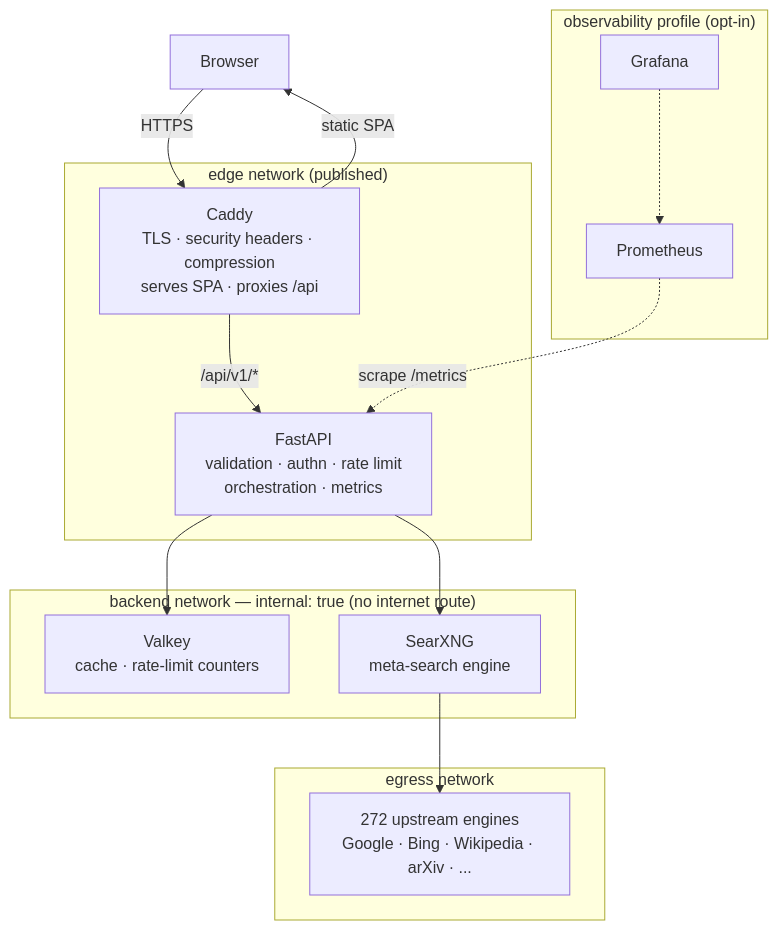
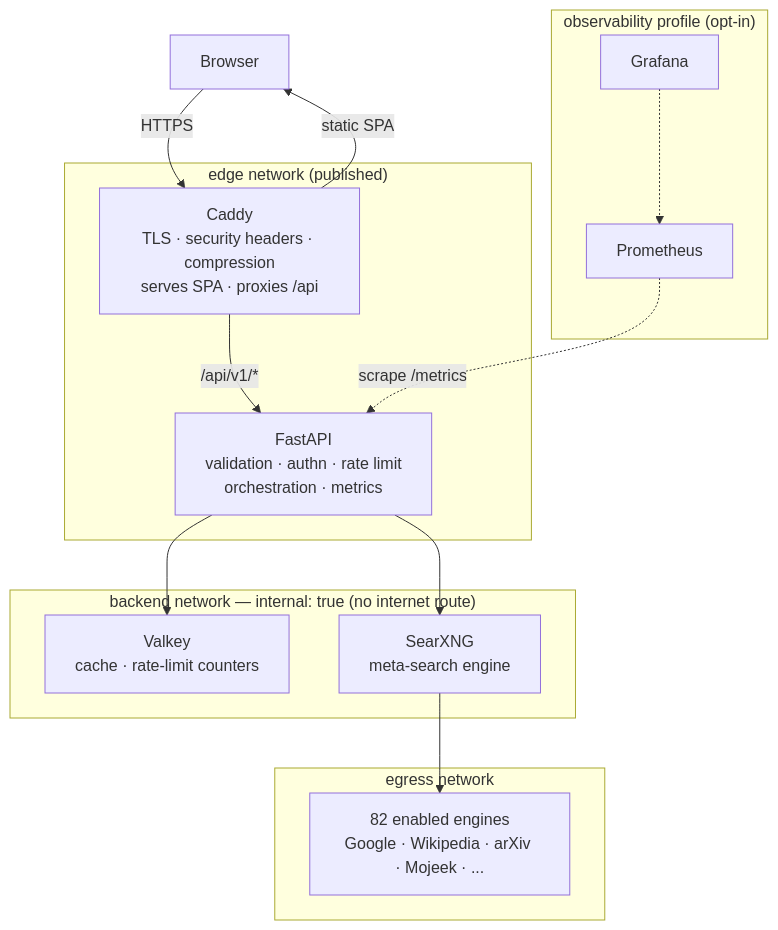
One commit to dayush685-debug/veilix changed the first of 2 diagrams in docs/architecture.md. Above: the diagram before and after it, drawn with Mermaid. The commit also changed other lines of this file and 31 other files, not shown here.

````diff
--- a/docs/architecture.md
+++ b/docs/architecture.md
@@ -21,32 +21,32 @@
 ```mermaid
 flowchart TB
     U["Browser"]
 
     subgraph edge["edge network (published)"]
         C["Caddy<br/>TLS · security headers · compression<br/>serves SPA · proxies /api"]
         A["FastAPI<br/>validation · authn · rate limit<br/>orchestration · metrics"]
     end
 
     subgraph backend["backend network — internal: true (no internet route)"]
         V["Valkey<br/>cache · rate-limit counters"]
         S["SearXNG<br/>meta-search engine"]
     end
 
     subgraph egress["egress network"]
-        P["272 upstream engines<br/>Google · Bing · Wikipedia · arXiv · ..."]
+        P["82 enabled engines<br/>Google · Wikipedia · arXiv · Mojeek · ..."]
     end
 
     subgraph obs["observability profile (opt-in)"]
         PR["Prometheus"]
         G["Grafana"]
     end
 
     U -->|HTTPS| C
     C -->|static SPA| U
     C -->|/api/v1/*| A
     A --> V
     A --> S
     S --> P
     PR -.->|scrape /metrics| A
     G -.-> PR
 ```
````
